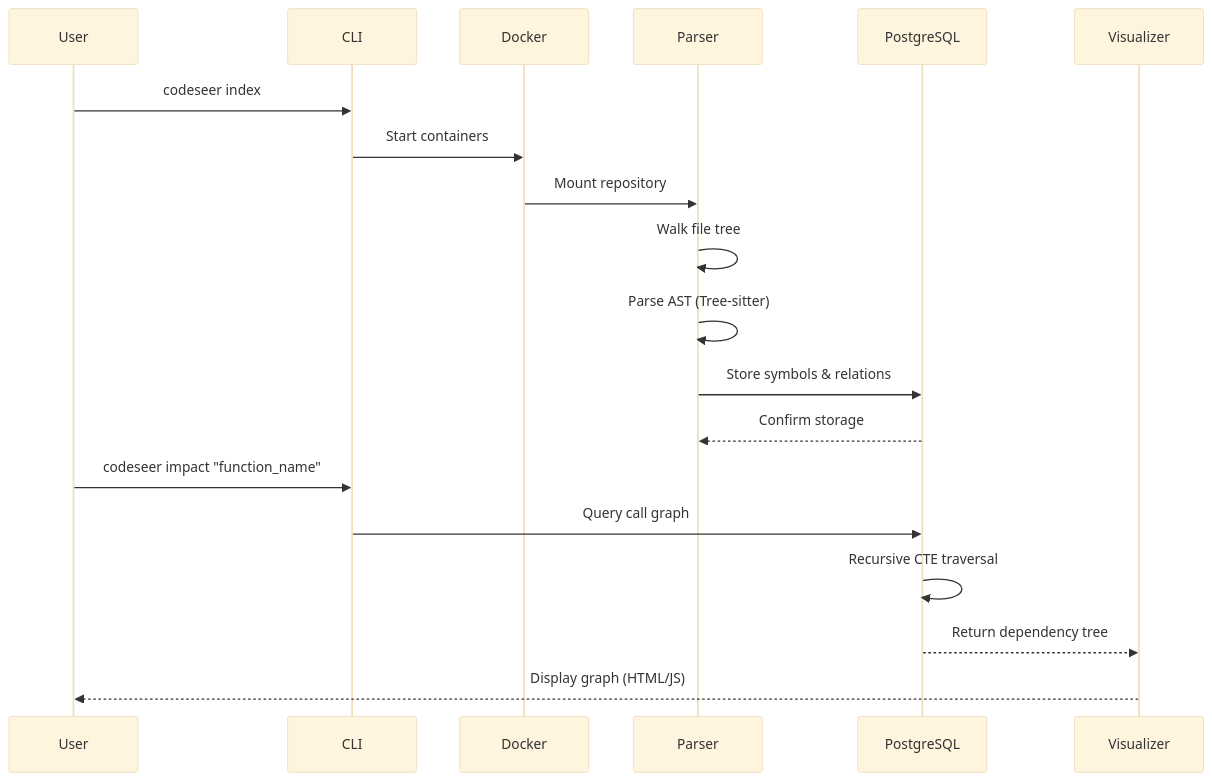
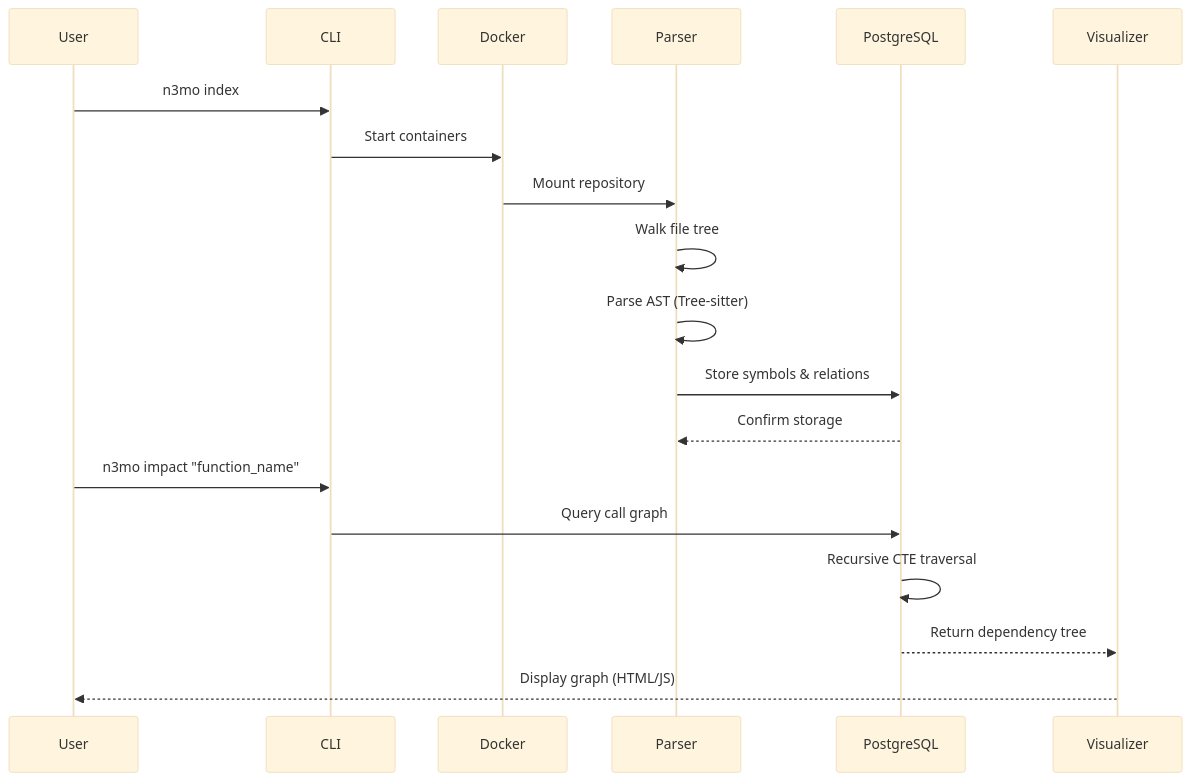
One commit to RajX-dev/CODESEER-MAIN changed the second of 4 diagrams in README.md. Above: the diagram before and after it, drawn with Mermaid (base theme). The commit also changed other lines of this file and 34 other files, not shown here.

````diff
--- a/README.md
+++ b/README.md
@@ -98,23 +98,23 @@
 ```mermaid
 sequenceDiagram
     participant User
     participant CLI
     participant Docker
     participant Parser
     participant DB as PostgreSQL
     participant Viz as Visualizer
 
-    User->>CLI: codeseer index
+    User->>CLI: n3mo index
     CLI->>Docker: Start containers
     Docker->>Parser: Mount repository
     Parser->>Parser: Walk file tree
     Parser->>Parser: Parse AST (Tree-sitter)
     Parser->>DB: Store symbols & relations
     DB-->>Parser: Confirm storage
     
-    User->>CLI: codeseer impact "function_name"
+    User->>CLI: n3mo impact "function_name"
     CLI->>DB: Query call graph
     DB->>DB: Recursive CTE traversal
     DB-->>Viz: Return dependency tree
     Viz-->>User: Display graph (HTML/JS)
 ```
````
